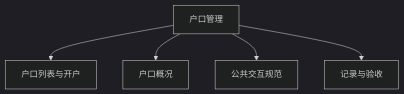
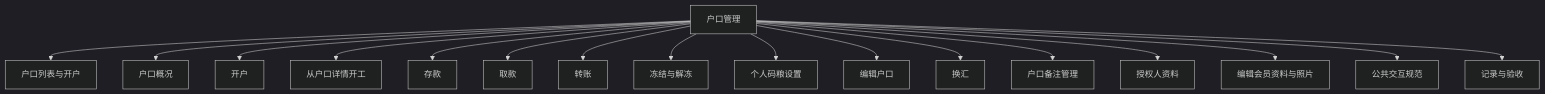
Before and after one commit to bala-luoluo/cashier-prototype: diagram 15 of 15 in docs/菜单PRD_20261109/PRD_户口管理_20261109.md, drawn with Mermaid (dark theme). The commit also changed other lines of this file and 5 other files, not shown here.

````diff
--- a/docs/菜单PRD_20261109/PRD_户口管理_20261109.md
+++ b/docs/菜单PRD_20261109/PRD_户口管理_20261109.md
@@ -108,8 +439,20 @@
 ```mermaid
 flowchart TD
   M[户口管理]
   M --> P1[户口列表与开户]
   M --> P2[户口概况]
+  M --> P3[开户]
+  M --> P4[从户口详情开工]
+  M --> P5[存款]
+  M --> P6[取款]
+  M --> P7[转账]
+  M --> P8[冻结与解冻]
+  M --> P9[个人码粮设置]
+  M --> P10[编辑户口]
+  M --> P11[换汇]
+  M --> P12[户口备注管理]
+  M --> P13[授权人资料]
+  M --> P14[编辑会员资料与照片]
   M --> U[公共交互规范]
   M --> R[记录与验收]
 ```
````
